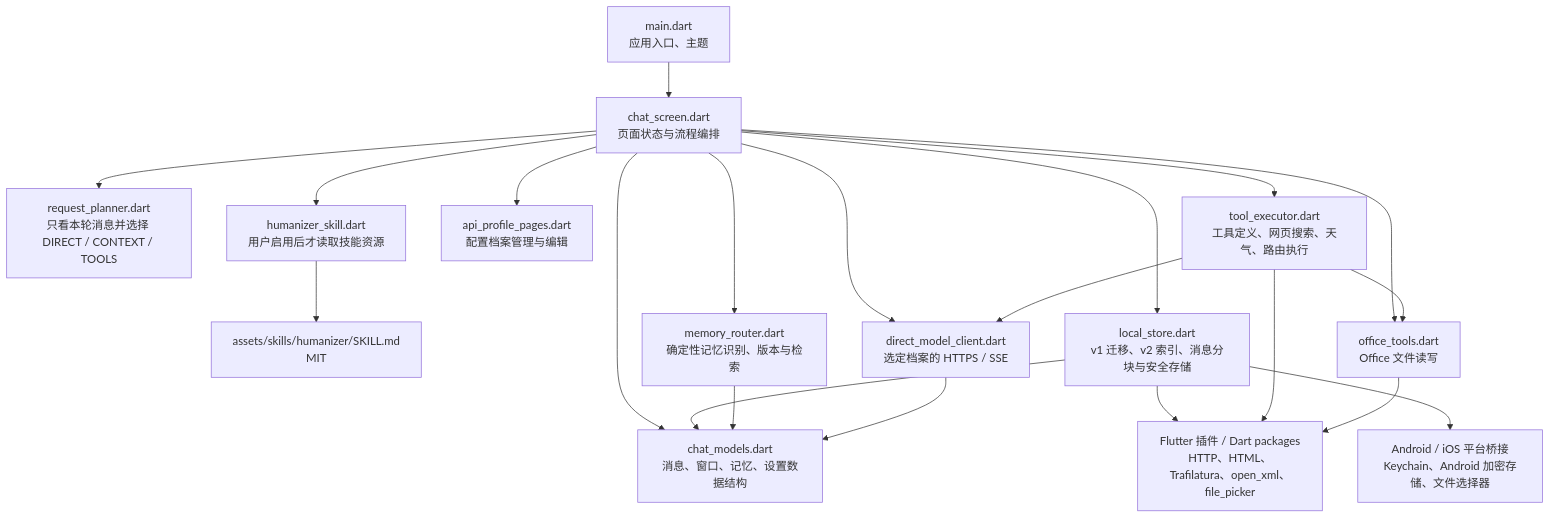
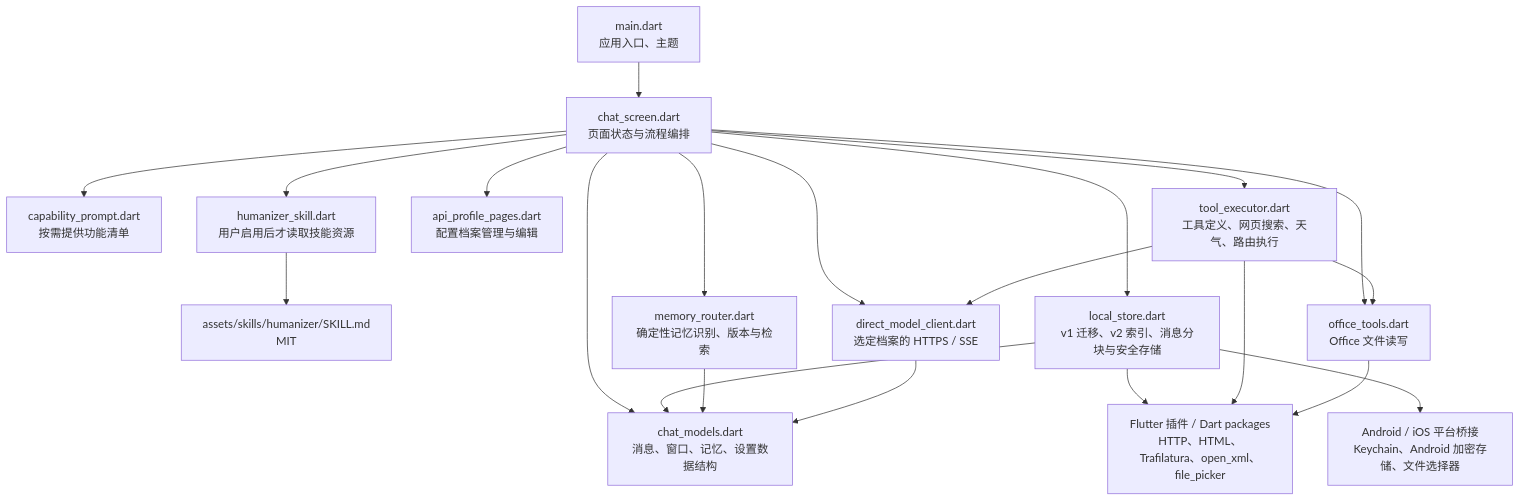
One commit to SymbioticUniverse/Cwhale- changed the third of 15 diagrams in ARCHITECTURE.md. Above: the diagram before and after it, drawn with Mermaid. The commit also changed other lines of this file and 40 other files, not shown here.

````diff
--- a/ARCHITECTURE.md
+++ b/ARCHITECTURE.md
@@ -87,38 +92,38 @@
 ```mermaid
 flowchart TB
   MAIN[main.dart<br/>应用入口、主题]
   SCREEN[chat_screen.dart<br/>页面状态与流程编排]
-  PLANNER[request_planner.dart<br/>只看本轮消息并选择 DIRECT / CONTEXT / TOOLS]
+  CAPABILITY[capability_prompt.dart<br/>按需提供功能清单]
   HUMANIZER[humanizer_skill.dart<br/>用户启用后才读取技能资源]
   HUMANIZERASSET[assets/skills/humanizer/SKILL.md<br/>MIT]
   MODELS[chat_models.dart<br/>消息、窗口、记忆、设置数据结构]
   STORE[local_store.dart<br/>v1 迁移、v2 索引、消息分块与安全存储]
   MEMORY[memory_router.dart<br/>确定性记忆识别、版本与检索]
   CLIENT[direct_model_client.dart<br/>选定档案的 HTTPS / SSE]
   PROFILEUI[api_profile_pages.dart<br/>配置档案管理与编辑]
   TOOLS[tool_executor.dart<br/>工具定义、网页搜索、天气、路由执行]
   OFFICE[office_tools.dart<br/>Office 文件读写]
   PACKAGES[Flutter 插件 / Dart packages<br/>HTTP、HTML、Trafilatura、open_xml、file_picker]
   PLATFORM[Android / iOS 平台桥接<br/>Keychain、Android 加密存储、文件选择器]
 
   MAIN --> SCREEN
   SCREEN --> MODELS
-  SCREEN --> PLANNER
+  SCREEN --> CAPABILITY
   SCREEN --> HUMANIZER
   HUMANIZER --> HUMANIZERASSET
   SCREEN --> STORE
   SCREEN --> MEMORY
   SCREEN --> CLIENT
   SCREEN --> TOOLS
   SCREEN --> OFFICE
   SCREEN --> PROFILEUI
   STORE --> MODELS
   MEMORY --> MODELS
   CLIENT --> MODELS
   TOOLS --> CLIENT
   TOOLS --> OFFICE
   STORE --> PACKAGES
   STORE --> PLATFORM
   TOOLS --> PACKAGES
   OFFICE --> PACKAGES
 ```
````
